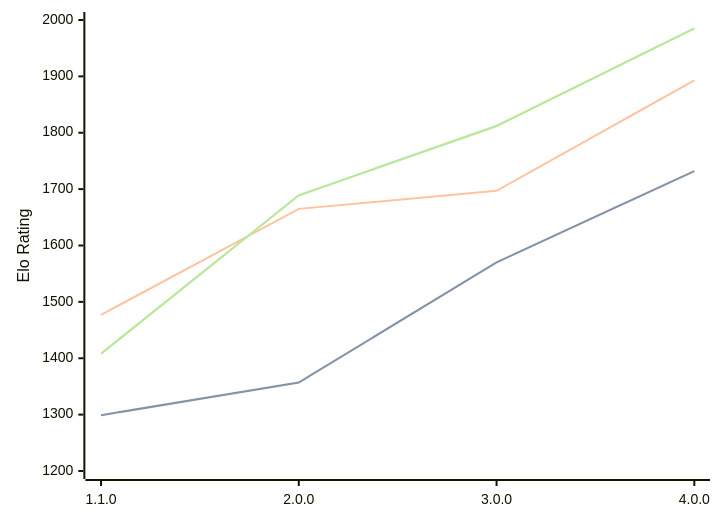
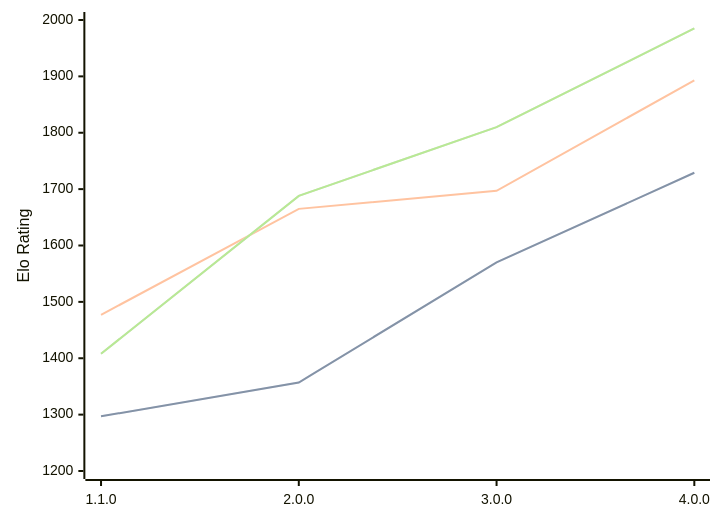
One commit to computer-chess-index/cci changed the diagram in engines/Laura.md. Above: the diagram before and after it, drawn with Mermaid. The commit also changed other lines of this file, not shown here.

Commit message:
Update CCI Ratings (ELO VLTC) - 2026-09-12

````diff
--- a/engines/Laura.md
+++ b/engines/Laura.md
@@ -34,11 +34,11 @@
 ```mermaid
 %%{init: {"theme":"base","themeVariables":{"seriesColors:['#a3a3a3','#222221','#faa371']}}}%%
 xychart-beta
   x-axis ["1.1.0", "2.0.0", "3.0.0", "4.0.0"]
   y-axis "Elo Rating" 1200 --> 2000
-  line "" [1299, 1357, 1570, 1732]
-  line "STC (8.0+0.08s)" [1299, 1357, 1570, 1732]
+  line "" [1297, 1357, 1570, 1729]
+  line "STC (8.0+0.08s)" [1297, 1357, 1570, 1729]
   line "LTC (60.0+0.60s)" [1477, 1665, 1697, 1893]
-  line "" [1408, 1689, 1812, 1985]
-  line "VLTC (2m24s+1.12s)" [1408, 1689, 1812, 1985]
+  line "" [1408, 1688, 1810, 1985]
+  line "VLTC (2m24s+1.12s)" [1408, 1688, 1810, 1985]
 ```
````
